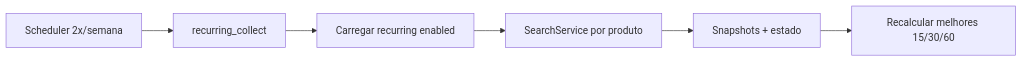
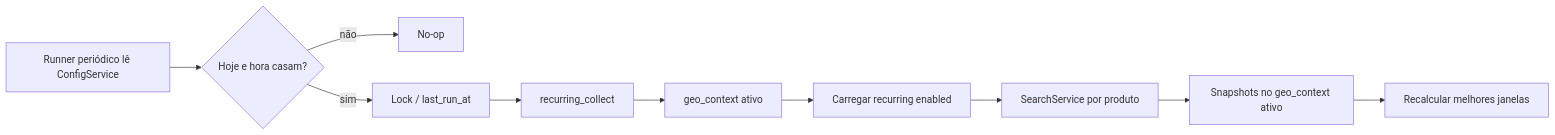
One commit to ivanzimmbarros/supermercado changed the fourth of 5 diagrams in docs/ARCHITECTURE.md. Above: the diagram before and after it, drawn with Mermaid. The commit also changed other lines of this file and 28 other files, not shown here.

First line of the commit message:
Fundação configurável: settings, geo por CP e agenda do job.

````diff
--- a/docs/ARCHITECTURE.md
+++ b/docs/ARCHITECTURE.md
@@ -403,8 +433,12 @@
 ```mermaid
 flowchart LR
-  Cron[Scheduler 2x/semana] --> Job[recurring_collect]
-  Job --> Load[Carregar recurring enabled]
+  Tick[Runner periódico lê ConfigService] --> Gate{Hoje e hora casam?}
+  Gate -->|não| Skip[No-op]
+  Gate -->|sim| Lock[Lock / last_run_at]
+  Lock --> Job[recurring_collect]
+  Job --> Geo[geo_context ativo]
+  Geo --> Load[Carregar recurring enabled]
   Load --> Query[SearchService por produto]
-  Query --> Save[Snapshots + estado]
-  Save --> Opp[Recalcular melhores 15/30/60]
+  Query --> Save[Snapshots no geo_context ativo]
+  Save --> Opp[Recalcular melhores janelas]
 ```
````
